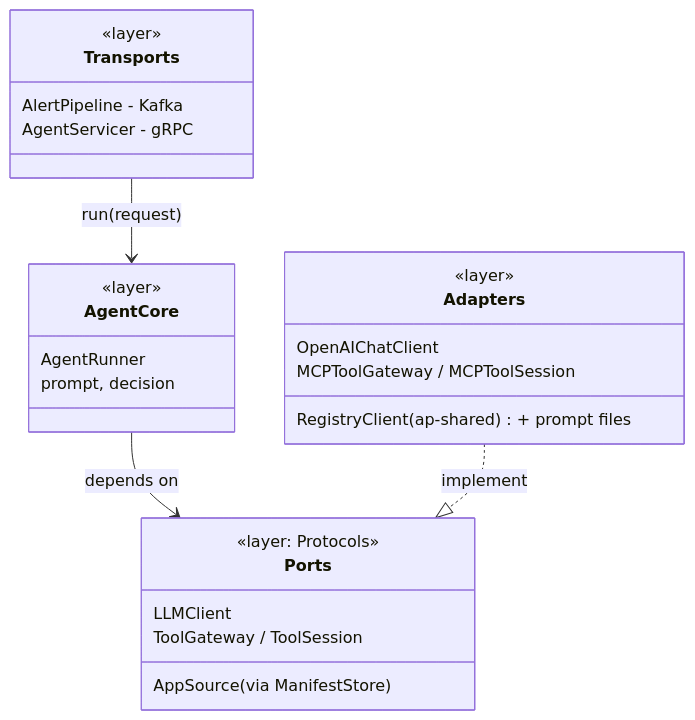
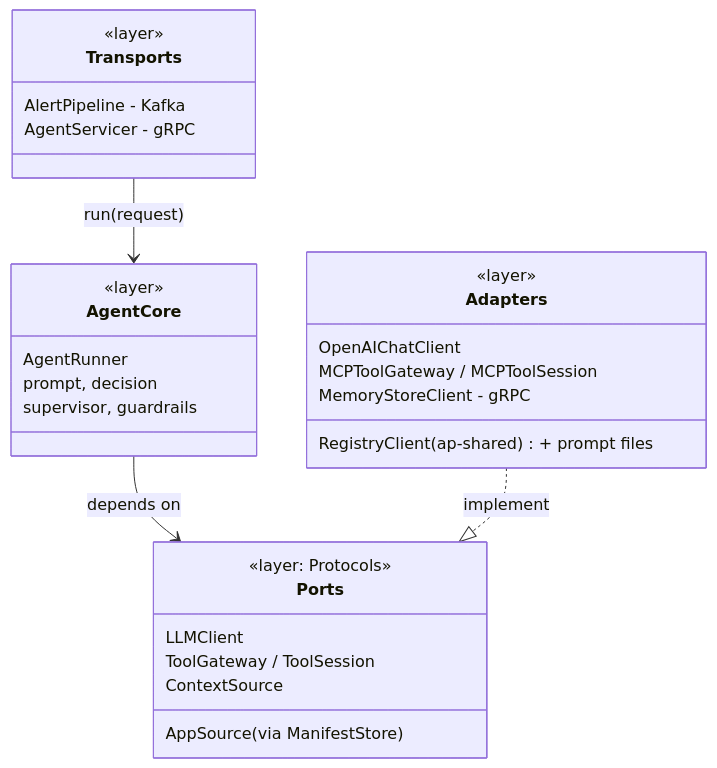
The first of 2 diagrams in backend/services/orchestrator/CLASS_DIAGRAM.md (SrikanthArgp/agentic-platform), drawn with Mermaid before and after one commit. The commit also changed other lines of this file and 36 other files, not shown here.

First line of the commit message:
Day 7: orchestrator uses memory context; supervisor and guardrails

````diff
--- a/backend/services/orchestrator/CLASS_DIAGRAM.md
+++ b/backend/services/orchestrator/CLASS_DIAGRAM.md
@@ -16,29 +18,32 @@
 ```mermaid
 classDiagram
     direction TB
     class Transports {
         <<layer>>
         AlertPipeline - Kafka
         AgentServicer - gRPC
     }
     class AgentCore {
         <<layer>>
         AgentRunner
         prompt, decision
+        supervisor, guardrails
     }
     class Ports {
         <<layer: Protocols>>
         LLMClient
         ToolGateway / ToolSession
+        ContextSource
         AppSource (via ManifestStore)
     }
     class Adapters {
         <<layer>>
         OpenAIChatClient
         MCPToolGateway / MCPToolSession
+        MemoryStoreClient - gRPC
         RegistryClient (ap-shared) + prompt files
     }
     Transports --> AgentCore : run(request)
     AgentCore --> Ports : depends on
     Adapters ..|> Ports : implement
 ```
````
